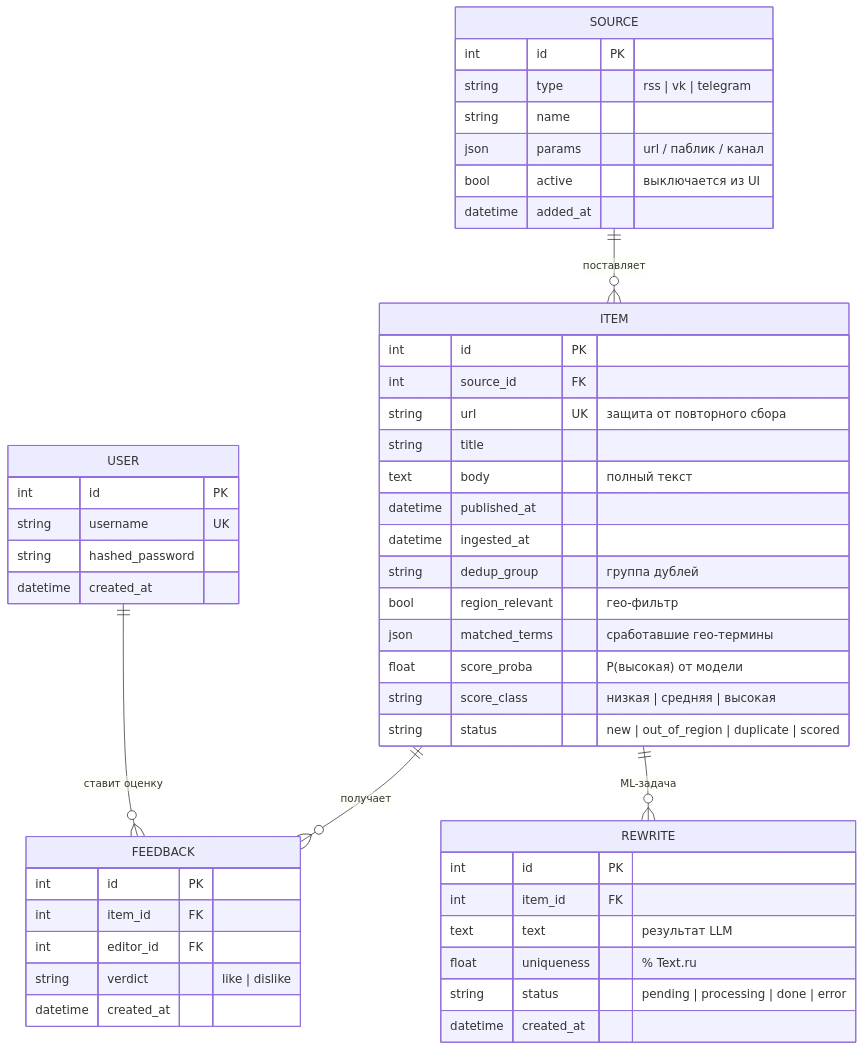
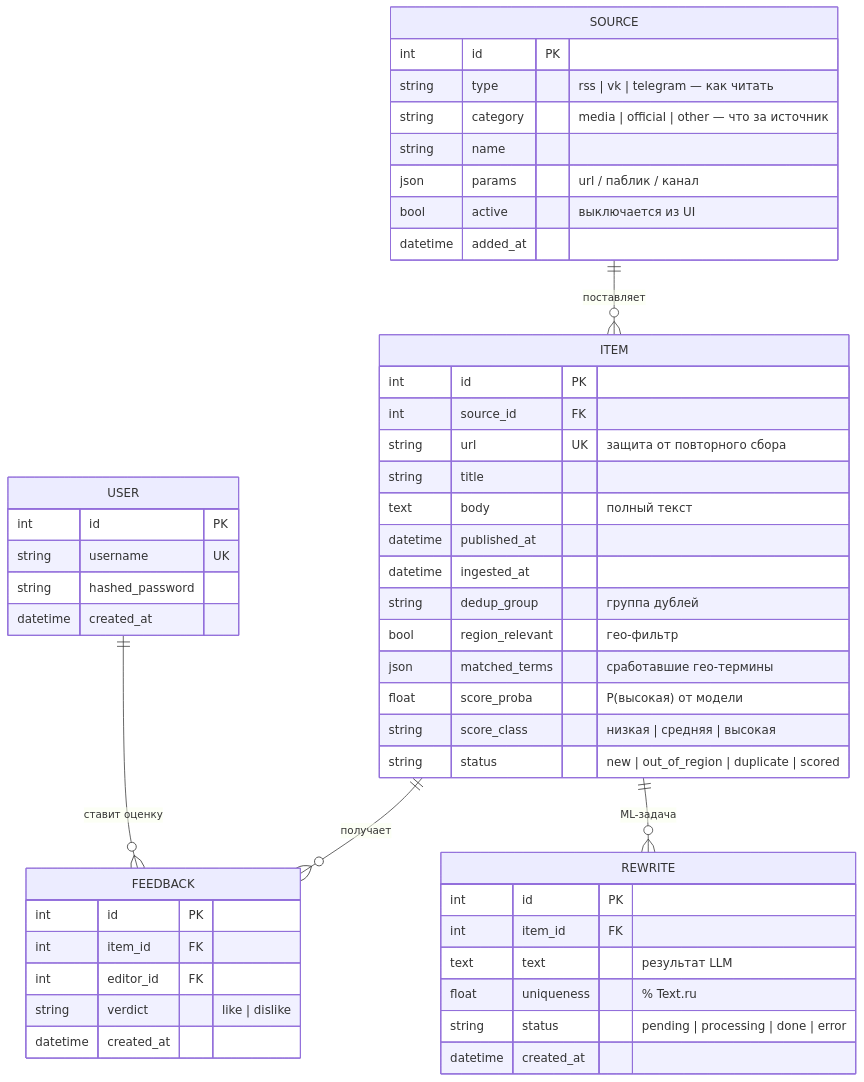
One commit to tari-lucy/newsroom-prioritizer changed the diagram in README.md. Above: the diagram before and after it, drawn with Mermaid. The commit also changed other lines of this file and 10 other files, not shown here.

````diff
--- a/README.md
+++ b/README.md
@@ -69,52 +70,53 @@
 ```mermaid
 erDiagram
     USER ||--o{ FEEDBACK : "ставит оценку"
     SOURCE ||--o{ ITEM : "поставляет"
     ITEM ||--o{ REWRITE : "ML-задача"
     ITEM ||--o{ FEEDBACK : "получает"
 
     USER {
         int id PK
         string username UK
         string hashed_password
         datetime created_at
     }
     SOURCE {
         int id PK
-        string type "rss | vk | telegram"
+        string type "rss | vk | telegram — как читать"
+        string category "media | official | other — что за источник"
         string name
         json params "url / паблик / канал"
         bool active "выключается из UI"
         datetime added_at
     }
     ITEM {
         int id PK
         int source_id FK
         string url UK "защита от повторного сбора"
         string title
         text body "полный текст"
         datetime published_at
         datetime ingested_at
         string dedup_group "группа дублей"
         bool region_relevant "гео-фильтр"
         json matched_terms "сработавшие гео-термины"
         float score_proba "P(высокая) от модели"
         string score_class "низкая | средняя | высокая"
         string status "new | out_of_region | duplicate | scored"
     }
     REWRITE {
         int id PK
         int item_id FK
         text text "результат LLM"
         float uniqueness "% Text.ru"
         string status "pending | processing | done | error"
         datetime created_at
     }
     FEEDBACK {
         int id PK
         int item_id FK
         int editor_id FK
         string verdict "like | dislike"
         datetime created_at
     }
 ```
````
